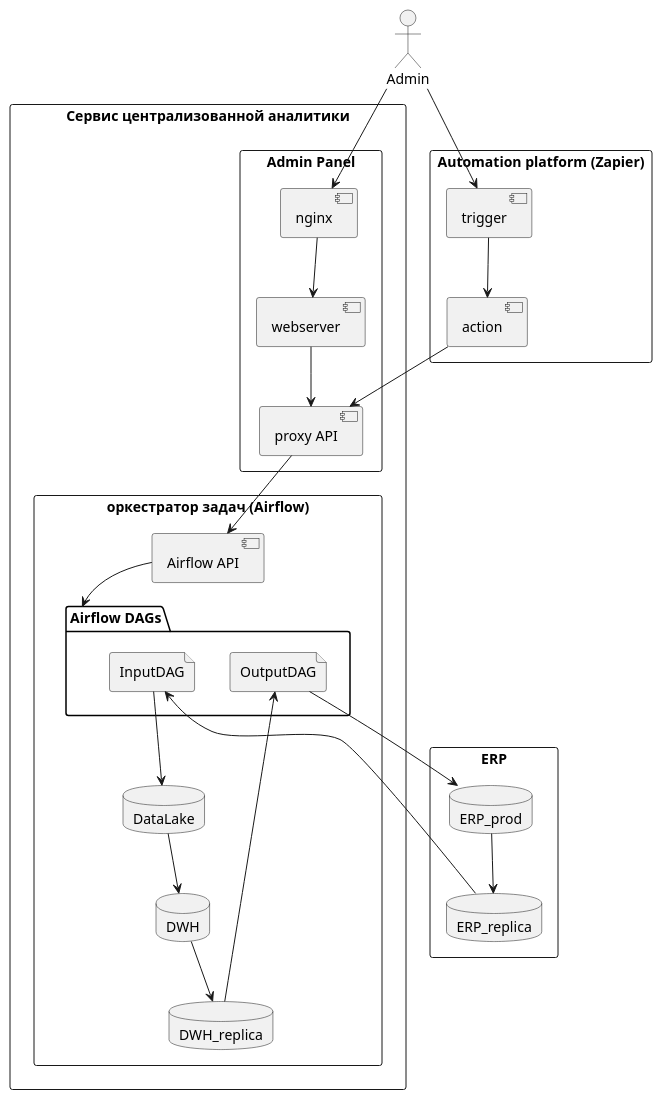
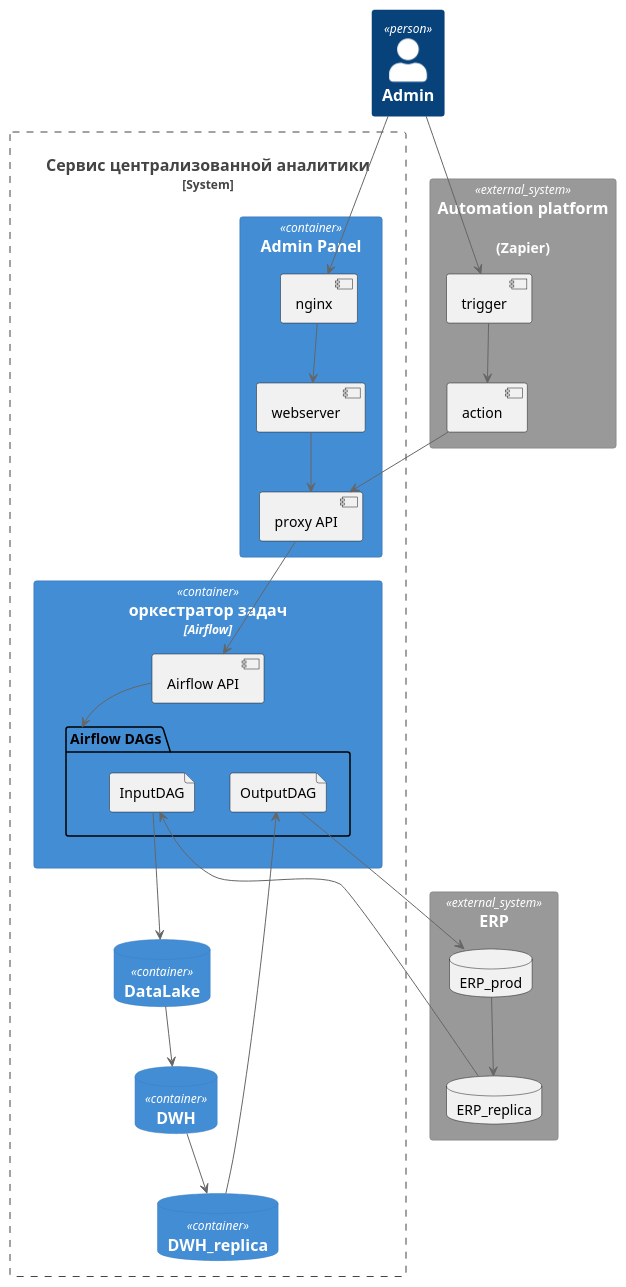
Before and after one commit to etlteam/docs: the diagram in diagrams/architecture.puml, drawn with PlantUML. The commit also changed 1 other file, not shown here.

Commit message:
update architecture with C4

```diff
--- a/diagrams/architecture.puml
+++ b/diagrams/architecture.puml
@@ -1,57 +1,52 @@
 @startuml
-actor Admin
+!include <C4/C4_Container>
+Person(Admin, "Admin", )
 
-rectangle ERP {
+System_Ext(ERP, "ERP",) {
 	database ERP_prod
 	database ERP_replica
 	ERP_prod --> ERP_replica
 }
 
-rectangle "Сервис централизованной аналитики"  {
-
-	rectangle "Admin Panel" as AP {
+System_Boundary(c1,"Сервис централизованной аналитики" ) {
+	Container(AP,"Admin Panel") {
 		[nginx]
 		[webserver]
 		[proxy API] as API
 
 		Admin --> nginx
 		nginx --> webserver
 		webserver --> API
 	}
 
-	rectangle "оркестратор задач (Airflow)" as ETL {
+	Container(ETL, "оркестратор задач", "Airflow" ) {
 		folder "Airflow DAGs" as dag {
 			file InputDAG
 			file OutputDAG
 		}
 		[Airflow API] as airflow
+	}
 		API --> airflow
                 airflow --> dag
 
-
-		database DataLake
-		database DWH
-		database DWH_replica
+		ContainerDb(DataLake, "DataLake")
+		ContainerDb(DWH, "DWH")
+		ContainerDb(DWH_replica, "DWH_replica")
 
 		ERP_replica --> InputDAG
 		InputDAG --> DataLake
 		DataLake --> DWH
 
 		DWH --> DWH_replica
 		DWH_replica --> OutputDAG
 		OutputDAG --> ERP_prod
-	}
 }
 
-
-
-rectangle "Automation platform (Zapier)" {
+System_Ext(Automation,"Automation platform","(Zapier)") {
 	[trigger]
 	[action]
 	trigger --> action
 }
 Admin --> trigger
 action --> API
-
-
 @enduml
```
